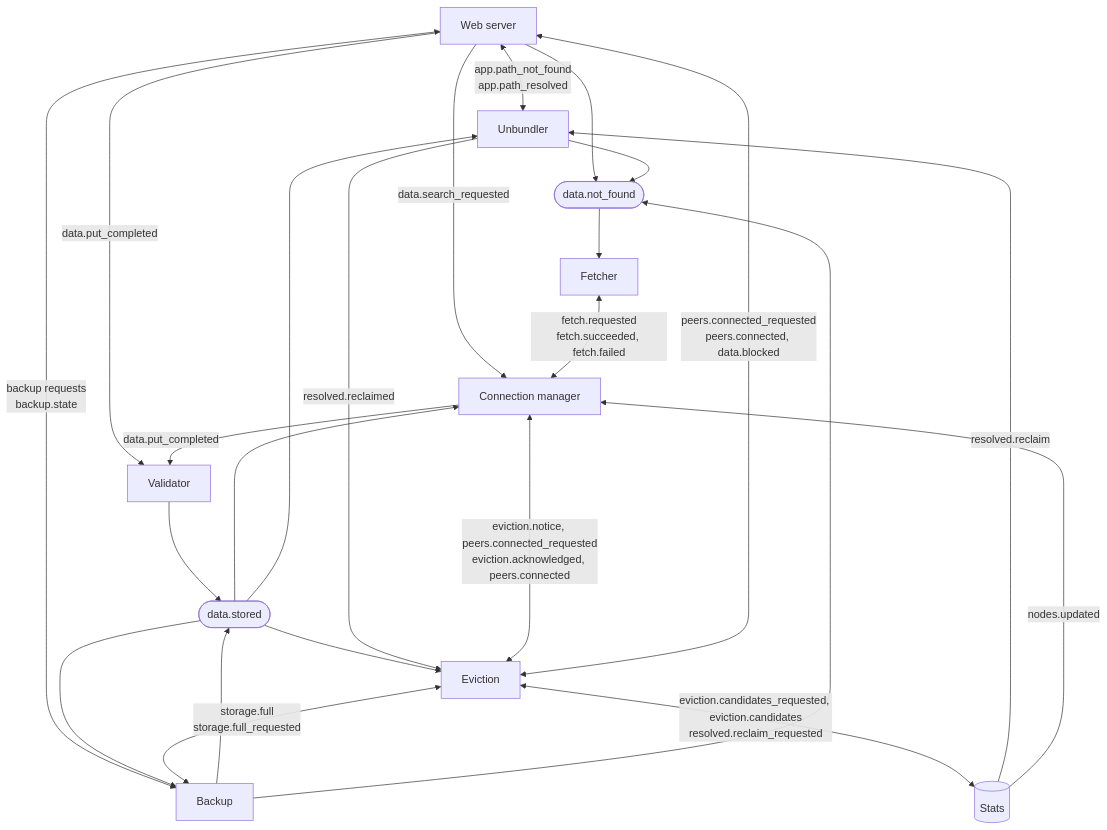
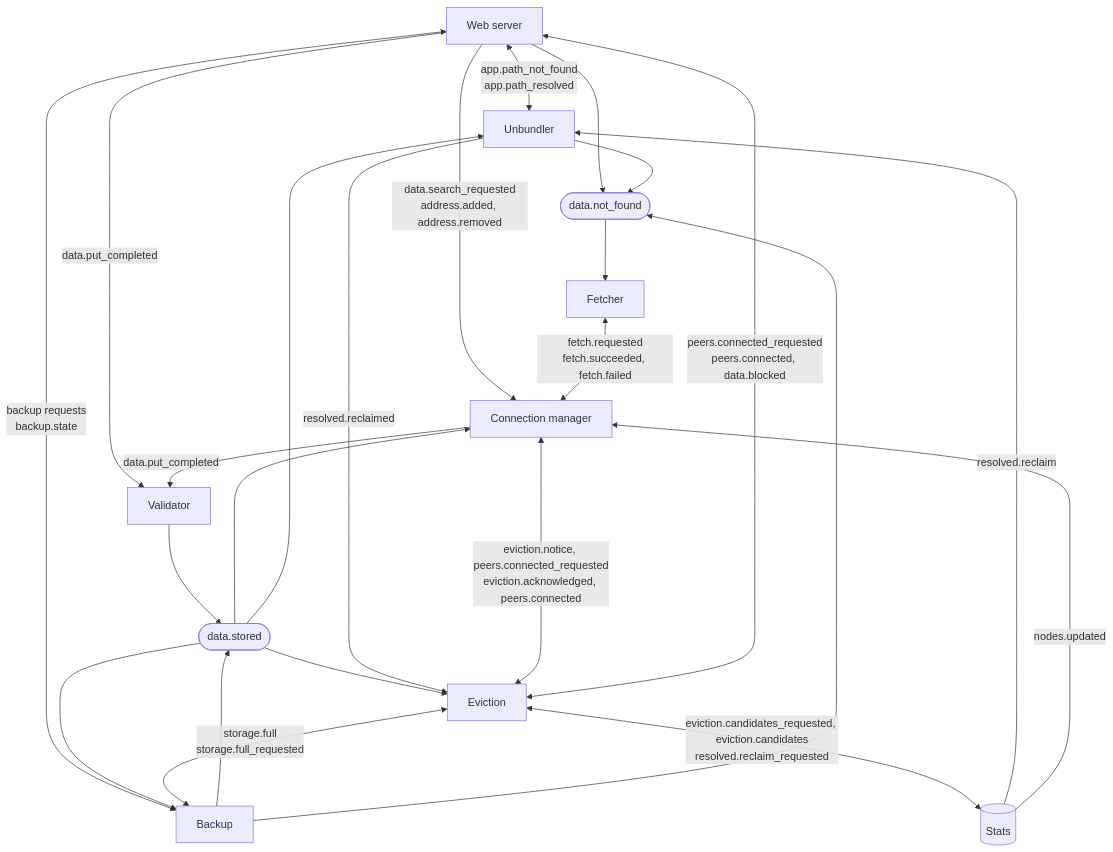
The eighth of 13 diagrams in docs/implementation/Module System.md (marcpage/libranet), drawn with Mermaid before and after one commit. The commit also changed other lines of this file and 20 other files, not shown here.

````diff
--- a/docs/implementation/Module System.md
+++ b/docs/implementation/Module System.md
@@ -973,37 +982,37 @@
 ```mermaid
 flowchart TB
     web["Web server"]
     unb["Unbundler"]
     backup["Backup"]
     val["Validator"]
     fetch["Fetcher"]
     conn["Connection manager"]
     evict["Eviction"]
     stats[("Stats")]
     stored(["data.stored"])
     missing(["data.not_found"])
 
     web <-->|"app.path_not_found<br/>app.path_resolved"| unb
     web <-->|"backup requests<br/>backup.state"| backup
     web -->|"data.put_completed"| val
-    web -->|"data.search_requested"| conn
+    web -->|"data.search_requested<br/>address.added, address.removed"| conn
     conn -->|"data.put_completed"| val
     val --> stored
     backup --> stored
     stored --> conn
     stored --> evict
     stored --> backup
     stored --> unb
     web --> missing
     unb --> missing
     backup --> missing
     missing --> fetch
     fetch <-->|"fetch.requested<br/>fetch.succeeded, fetch.failed"| conn
     evict <-->|"eviction.notice, peers.connected_requested<br/>eviction.acknowledged, peers.connected"| conn
     evict <-->|"peers.connected_requested<br/>peers.connected, data.blocked"| web
     evict <-->|"storage.full<br/>storage.full_requested"| backup
     evict <-->|"eviction.candidates_requested, eviction.candidates<br/>resolved.reclaim_requested"| stats
     stats -->|"resolved.reclaim"| unb
     unb -->|"resolved.reclaimed"| evict
     stats -->|"nodes.updated"| conn
 ```
````
